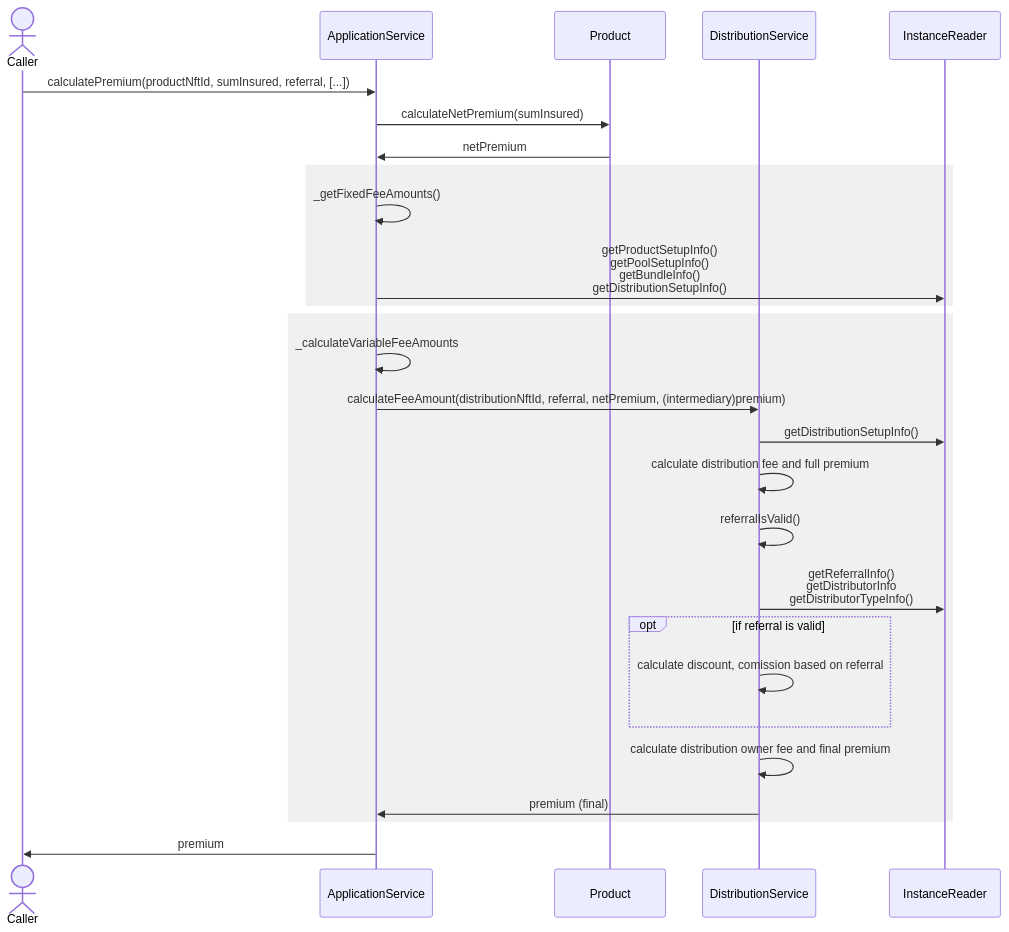
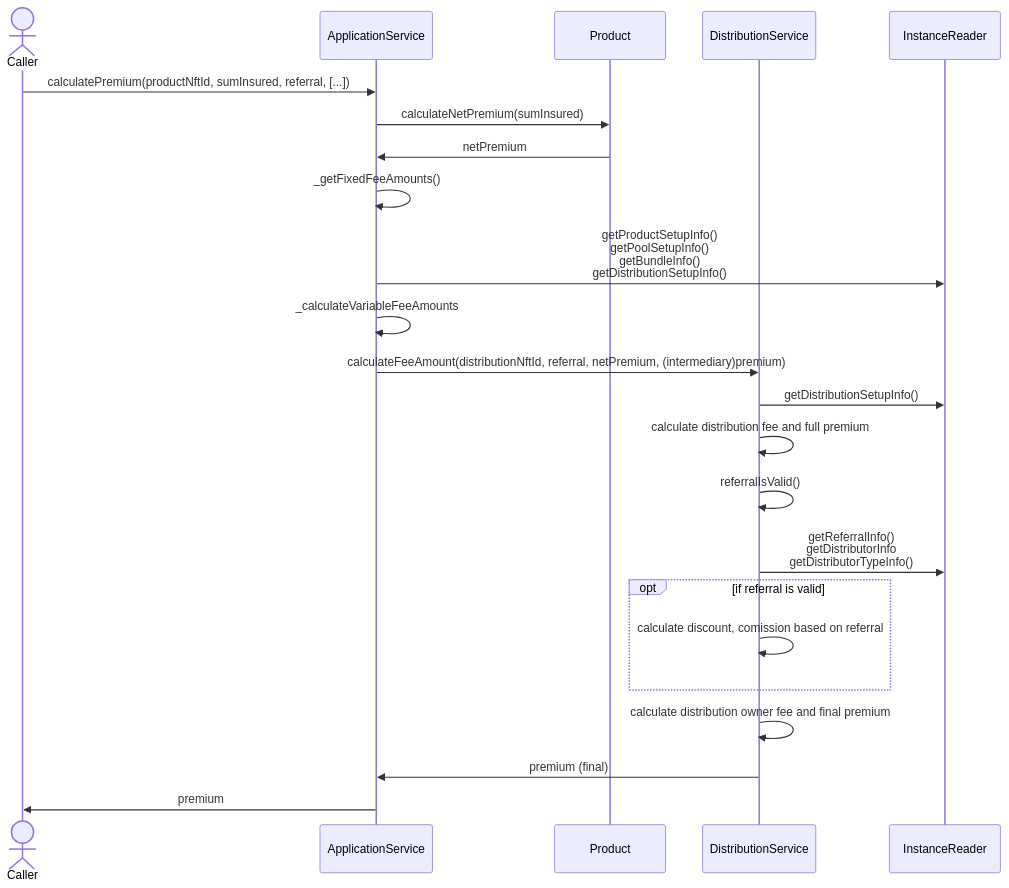
One commit to etherisc/gif-next changed the diagram in docs_manual/application.md. Above: the diagram before and after it, drawn with Mermaid.

Commit message:
remove boxes

````diff
--- a/docs_manual/application.md
+++ b/docs_manual/application.md
@@ -5,30 +5,26 @@
 ```mermaid
 sequenceDiagram
     actor C as Caller
     participant AS as ApplicationService
     participant P as Product
     participant DS as DistributionService
     participant IR as InstanceReader
     
     C ->> AS: calculatePremium(productNftId, sumInsured, referral, [...])
     AS ->> P: calculateNetPremium(sumInsured)
     P ->> AS: netPremium
-    rect rgb(240, 240, 240)
-        AS ->> AS: _getFixedFeeAmounts()
-        AS ->> IR: getProductSetupInfo()<br/> getPoolSetupInfo() <br/> getBundleInfo() <br/> getDistributionSetupInfo()
+    AS ->> AS: _getFixedFeeAmounts()
+    AS ->> IR: getProductSetupInfo()<br/> getPoolSetupInfo() <br/> getBundleInfo() <br/> getDistributionSetupInfo()
+    AS ->> AS: _calculateVariableFeeAmounts
+    AS ->> DS: calculateFeeAmount(distributionNftId, referral, netPremium, (intermediary)premium)
+    DS ->> IR: getDistributionSetupInfo()
+    DS ->> DS: calculate distribution fee and full premium
+    DS ->> DS: referralIsValid()
+    DS ->> IR: getReferralInfo()<br/> getDistributorInfo<br/> getDistributorTypeInfo()
+    opt if referral is valid
+        DS ->> DS: calculate discount, comission based on referral
     end
-    rect rgb(240, 240, 240) 
-        AS ->> AS: _calculateVariableFeeAmounts
-        AS ->> DS: calculateFeeAmount(distributionNftId, referral, netPremium, (intermediary)premium)
-        DS ->> IR: getDistributionSetupInfo()
-        DS ->> DS: calculate distribution fee and full premium
-        DS ->> DS: referralIsValid()
-        DS ->> IR: getReferralInfo()<br/> getDistributorInfo<br/> getDistributorTypeInfo()
-        opt if referral is valid
-            DS ->> DS: calculate discount, comission based on referral
-        end
-        DS ->> DS: calculate distribution owner fee  and final premium
-        DS ->> AS: premium (final)
-    end
+    DS ->> DS: calculate distribution owner fee  and final premium
+    DS ->> AS: premium (final)
     AS ->> C: premium
 ```
````
